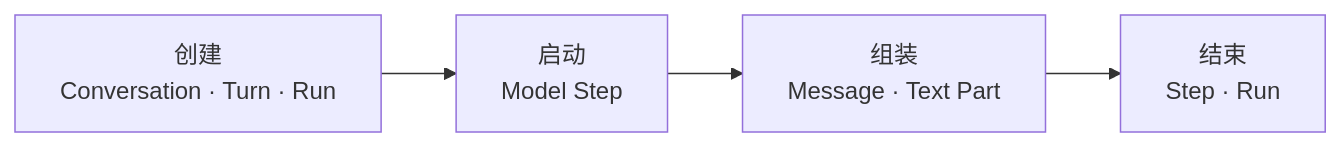
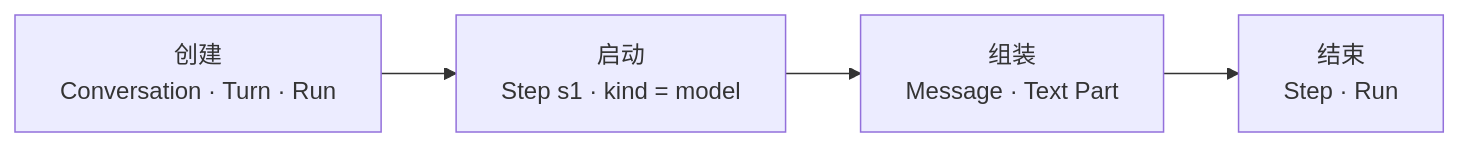
Before and after one commit to gene9831/tiny-robot: the first of 2 diagrams in docs-next/src/examples/completed-text-run.md, drawn with Mermaid. The commit also changed other lines of this file and 24 other files, not shown here.

````diff
--- a/docs-next/src/examples/completed-text-run.md
+++ b/docs-next/src/examples/completed-text-run.md
@@ -11,9 +13,9 @@
 ```mermaid
 flowchart LR
   Create["创建<br/>Conversation · Turn · Run"]
-  Start["启动<br/>Model Step"]
+  Start["启动<br/>Step s1 · kind = model"]
   Stream["组装<br/>Message · Text Part"]
   Finish["结束<br/>Step · Run"]
 
   Create --> Start --> Stream --> Finish
 ```
````
